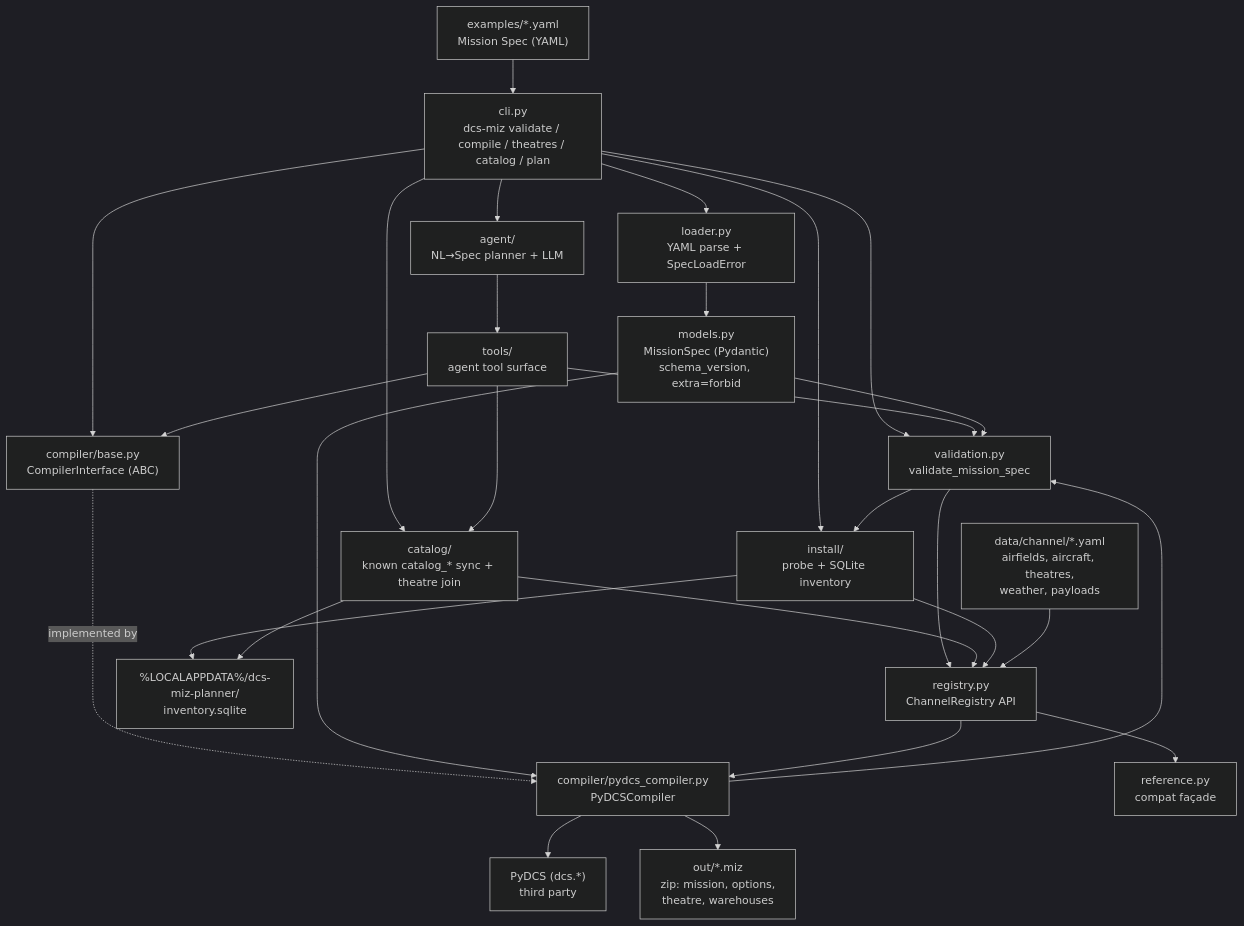
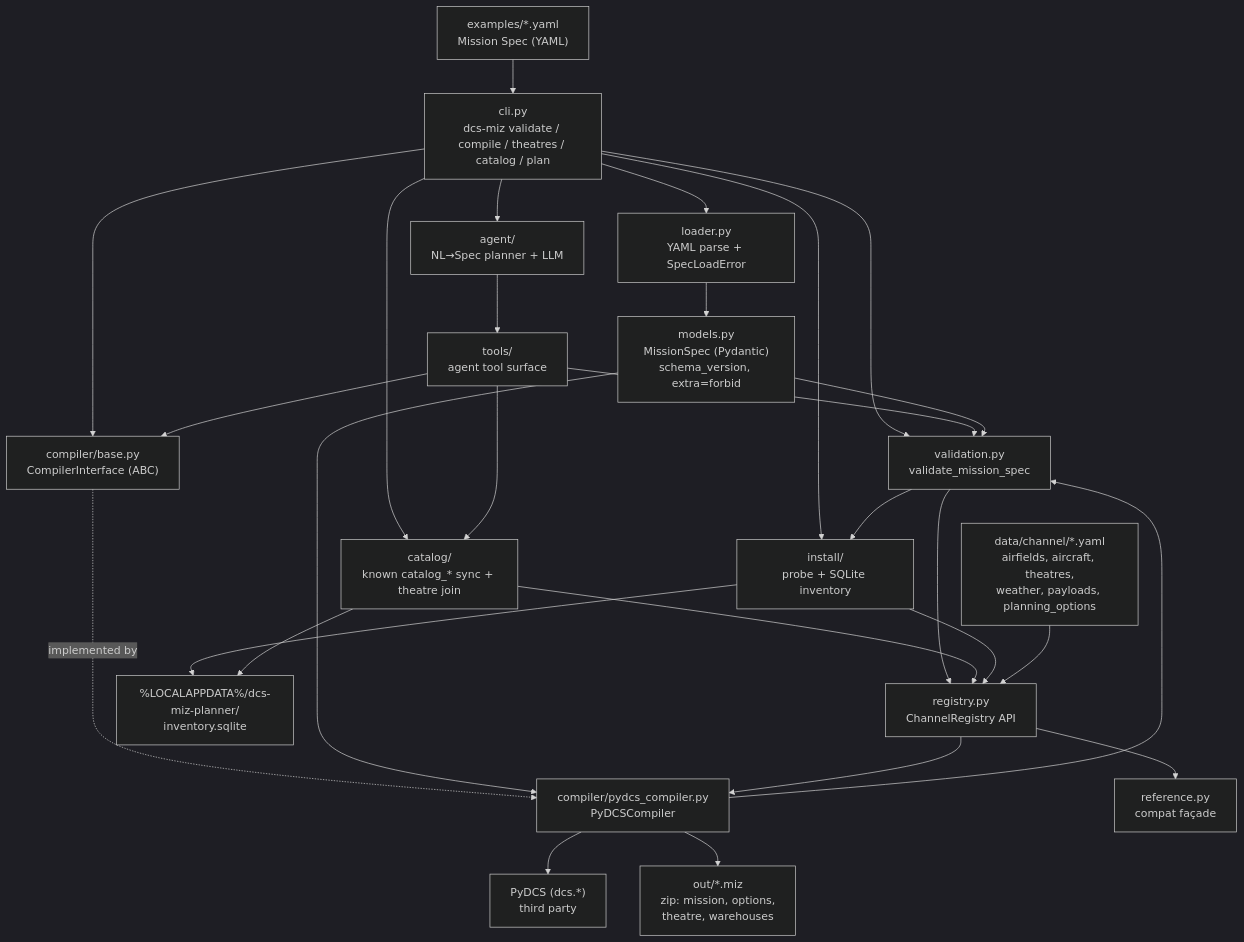
The diagram in docs/ARCHITECTURE.md (amalaguti/dcs-miz-planner-agentic), drawn with Mermaid (dark theme) before and after one commit. The commit also changed other lines of this file and 23 other files, not shown here.

First line of the commit message:
Add Channel planning-option catalog with support levels for agent discovery.

````diff
--- a/docs/ARCHITECTURE.md
+++ b/docs/ARCHITECTURE.md
@@ -12,46 +12,46 @@
 ```mermaid
 flowchart TD
     yaml["examples/*.yaml<br/>Mission Spec (YAML)"]
     cli["cli.py<br/>dcs-miz validate / compile / theatres / catalog / plan"]
     loader["loader.py<br/>YAML parse + SpecLoadError"]
     models["models.py<br/>MissionSpec (Pydantic)<br/>schema_version, extra=forbid"]
     validation["validation.py<br/>validate_mission_spec"]
     base["compiler/base.py<br/>CompilerInterface (ABC)"]
     pydcs["compiler/pydcs_compiler.py<br/>PyDCSCompiler"]
     registry["registry.py<br/>ChannelRegistry API"]
-    data["data/channel/*.yaml<br/>airfields, aircraft, theatres,<br/>weather, payloads"]
+    data["data/channel/*.yaml<br/>airfields, aircraft, theatres,<br/>weather, payloads, planning_options"]
     catalog["catalog/<br/>known catalog_* sync + theatre join"]
     tools["tools/<br/>agent tool surface"]
     agent["agent/<br/>NL→Spec planner + LLM"]
     install["install/<br/>probe + SQLite inventory"]
     invdb["%LOCALAPPDATA%/dcs-miz-planner/<br/>inventory.sqlite"]
     ref["reference.py<br/>compat façade"]
     lib["PyDCS (dcs.*)<br/>third party"]
     miz["out/*.miz<br/>zip: mission, options,<br/>theatre, warehouses"]
 
     yaml --> cli --> loader --> models
     cli --> validation
     cli --> base
     cli --> install
     cli --> catalog
     cli --> agent
     agent --> tools
     tools --> catalog
     tools --> validation
     tools --> base
     models --> validation
     validation --> registry
     validation --> install
     install --> invdb
     catalog --> invdb
     catalog --> registry
     install --> registry
     base -.implemented by.-> pydcs
     models --> pydcs
     pydcs --> validation
     data --> registry
     registry --> pydcs
     registry --> ref
     pydcs --> lib
     pydcs --> miz
 ```
````
